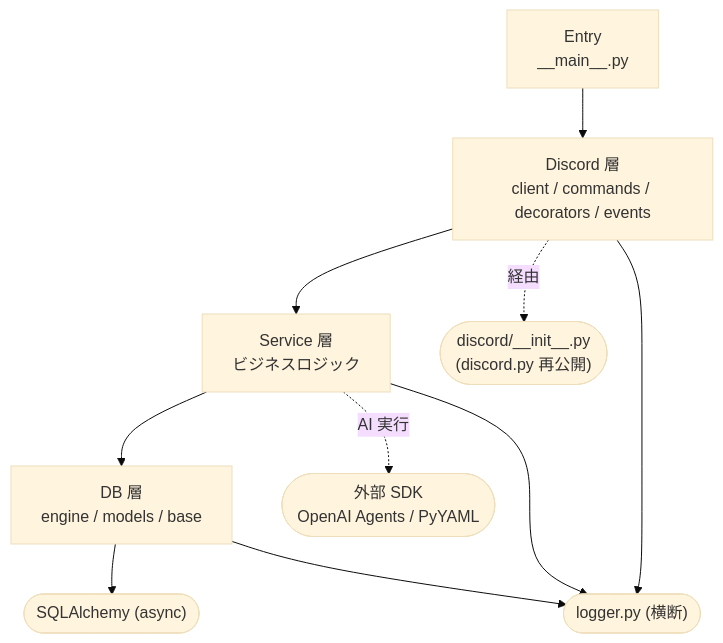
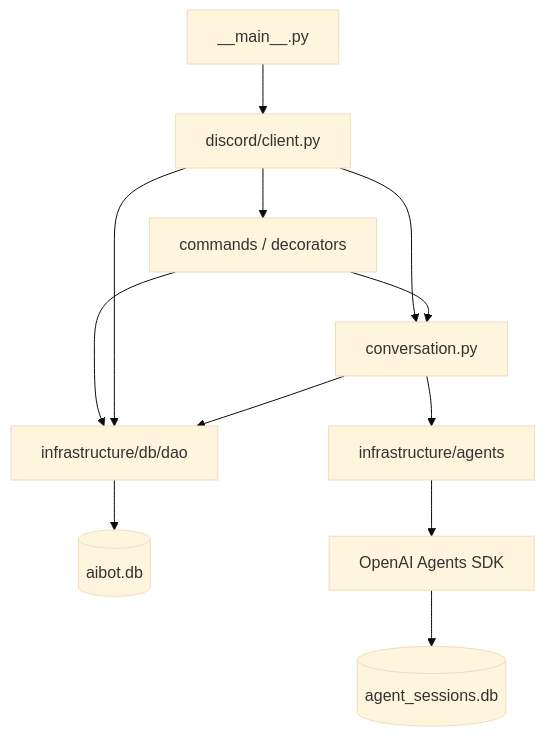
Before and after one commit to stkii/aibot: the diagram in docs/ARCHITECTURE.md, drawn with Mermaid (base theme). The commit also changed other lines of this file and 51 other files, not shown here.

````diff
--- a/docs/ARCHITECTURE.md
+++ b/docs/ARCHITECTURE.md
@@ -26,22 +20,14 @@
 ```mermaid
-graph TD
-    Entry["Entry<br/>__main__.py"]
-    App["Discord 層<br/>client / commands / decorators / events"]
-    Svc["Service 層<br/>ビジネスロジック"]
-    Data["DB 層<br/>engine / models / base"]
-
-    Reexport(["discord/__init__.py<br/>(discord.py 再公開)"])
-    ExtSDK(["外部 SDK<br/>OpenAI Agents / PyYAML"])
-    ExtSA(["SQLAlchemy (async)"])
-    Log(["logger.py (横断)"])
-
-    Entry --> App
-    App --> Svc
-    Svc --> Data
-    App -. 経由 .-> Reexport
-    Svc -. AI 実行 .-> ExtSDK
-    Data --> ExtSA
-    App --> Log
-    Svc --> Log
-    Data --> Log
+flowchart TD
+    Entry["__main__.py"] --> Client["discord/client.py"]
+    Client --> Commands["commands / decorators"]
+    Client --> Conversation["conversation.py"]
+    Commands --> Conversation
+    Commands --> DAO["infrastructure/db/dao"]
+    Client --> DAO
+    Conversation --> DAO
+    Conversation --> Agents["infrastructure/agents"]
+    DAO --> AppDB[(aibot.db)]
+    Agents --> SDK["OpenAI Agents SDK"]
+    SDK --> HistoryDB[(agent_sessions.db)]
 ```
````
